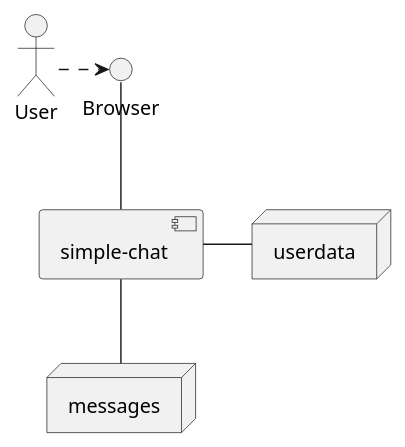
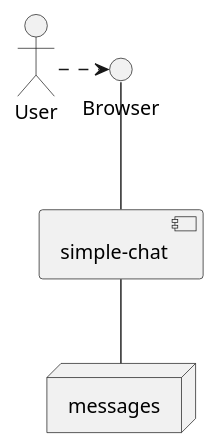
Before and after one commit to mszalbach/simple-chat: the diagram in chat-docu/src/site/plantuml/businessContext.puml, drawn with PlantUML. The commit also changed 17 other files, not shown here.

```diff
--- a/chat-docu/src/site/plantuml/businessContext.puml
+++ b/chat-docu/src/site/plantuml/businessContext.puml
@@ -1,10 +1,8 @@
 @startuml
 actor User
 component "simple-chat" as system
 User .> ()Browser
 Browser -- system
-node userdata
 node messages
-system - userdata
 system -- messages
 @enduml
```
